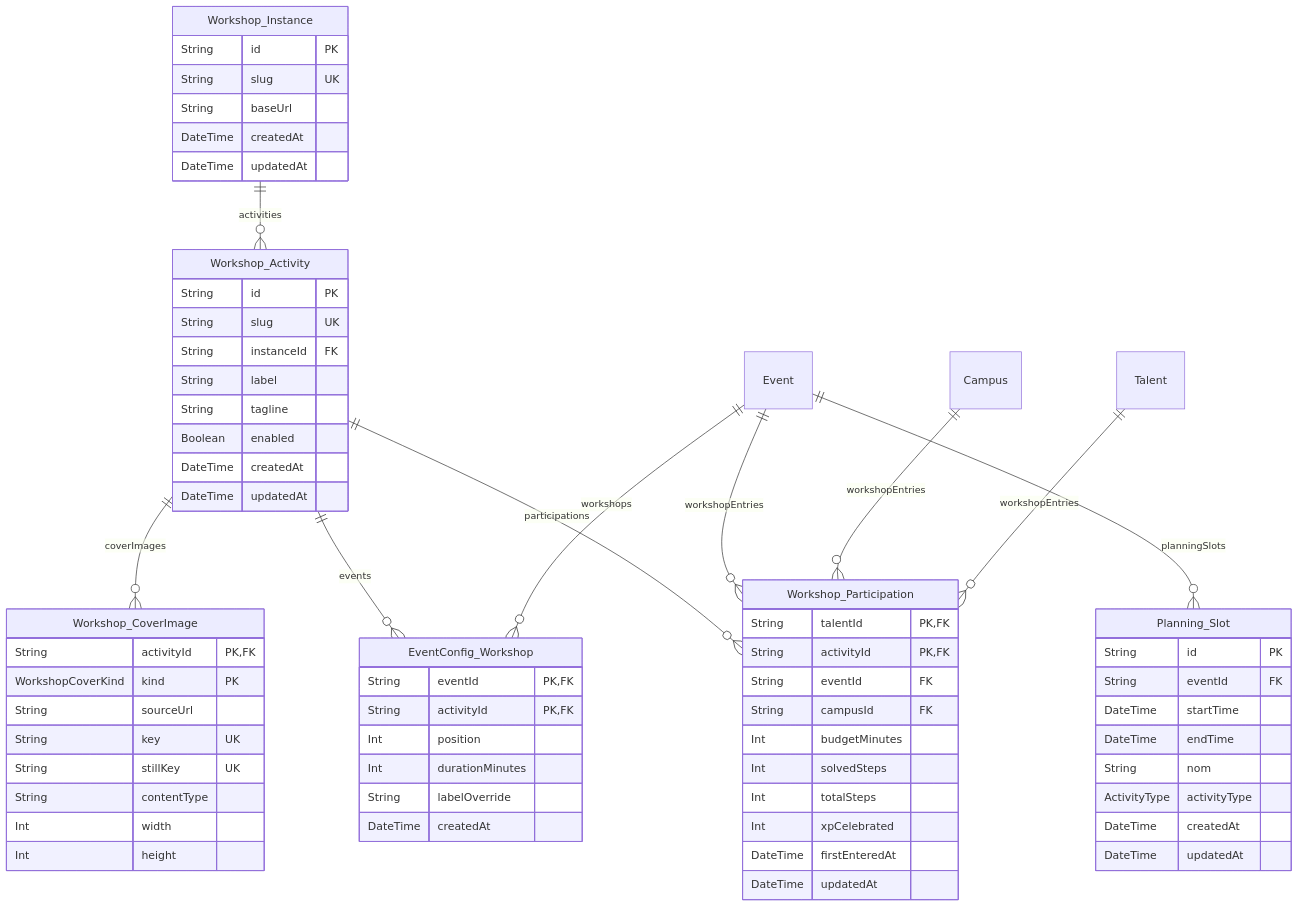
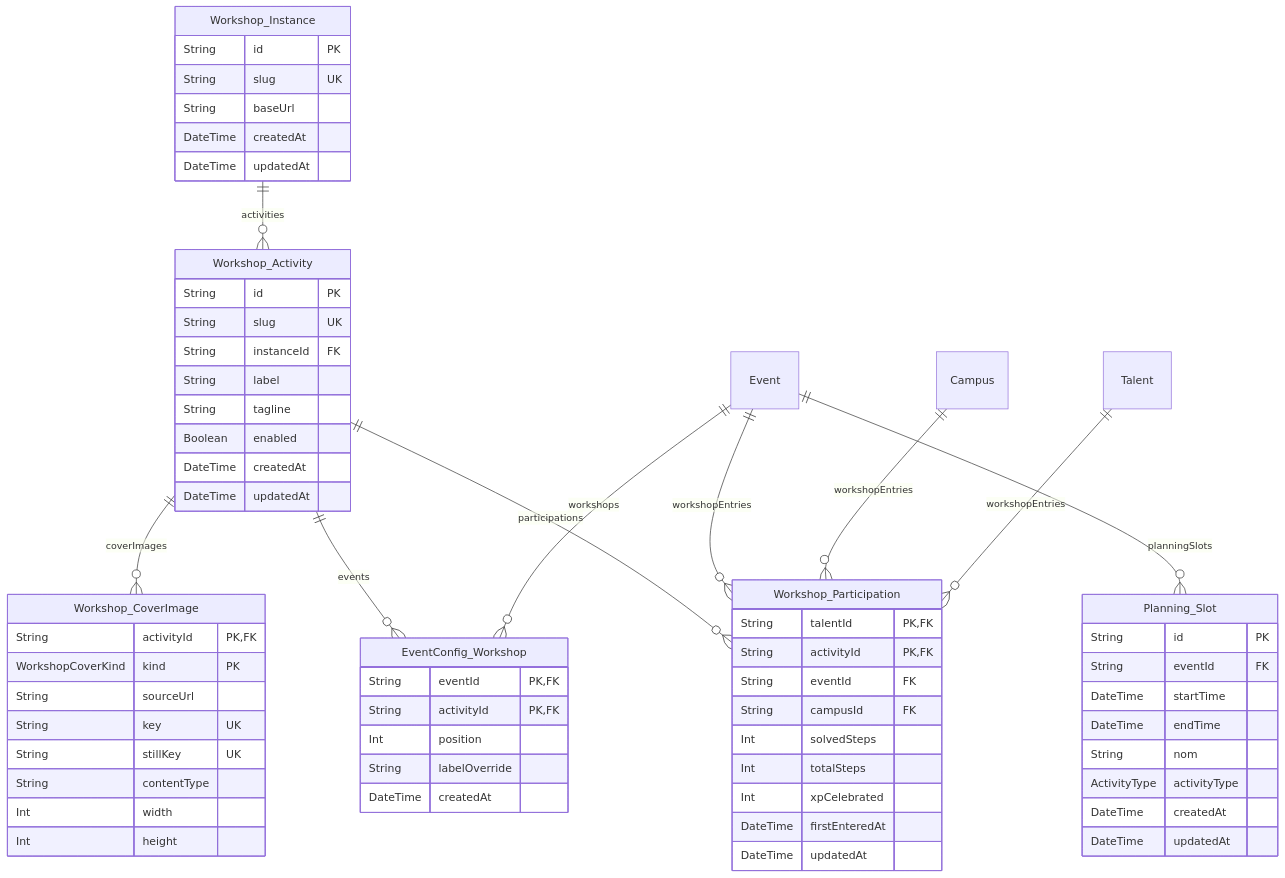
The fifth of 13 diagrams in frontend/docs/database.md (Manta-Epitech-Academy/jump), drawn with Mermaid before and after one commit. The commit also changed 28 other files, not shown here.

````diff
--- a/frontend/docs/database.md
+++ b/frontend/docs/database.md
@@ -568,75 +568,73 @@
 ```mermaid
 erDiagram
   Planning_Slot {
     String id PK
     String eventId FK
     DateTime startTime
     DateTime endTime
     String nom
     ActivityType activityType
     DateTime createdAt
     DateTime updatedAt
   }
   Workshop_Instance {
     String id PK
     String slug UK
     String baseUrl
     DateTime createdAt
     DateTime updatedAt
   }
   Workshop_Activity {
     String id PK
     String slug UK
     String instanceId FK
     String label
     String tagline
     Boolean enabled
     DateTime createdAt
     DateTime updatedAt
   }
   EventConfig_Workshop {
     String eventId PK,FK
     String activityId PK,FK
     Int position
-    Int durationMinutes
     String labelOverride
     DateTime createdAt
   }
   Workshop_Participation {
     String talentId PK,FK
     String activityId PK,FK
     String eventId FK
     String campusId FK
-    Int budgetMinutes
     Int solvedSteps
     Int totalSteps
     Int xpCelebrated
     DateTime firstEnteredAt
     DateTime updatedAt
   }
   Workshop_CoverImage {
     String activityId PK,FK
     WorkshopCoverKind kind PK
     String sourceUrl
     String key UK
     String stillKey UK
     String contentType
     Int width
     Int height
   }
   Talent {
   }
   Campus {
   }
   Event {
   }
   Talent ||--o{ Workshop_Participation : "workshopEntries"
   Campus ||--o{ Workshop_Participation : "workshopEntries"
   Event ||--o{ Planning_Slot : "planningSlots"
   Event ||--o{ EventConfig_Workshop : "workshops"
   Event ||--o{ Workshop_Participation : "workshopEntries"
   Workshop_Instance ||--o{ Workshop_Activity : "activities"
   Workshop_Activity ||--o{ EventConfig_Workshop : "events"
   Workshop_Activity ||--o{ Workshop_Participation : "participations"
   Workshop_Activity ||--o{ Workshop_CoverImage : "coverImages"
 ```
````
